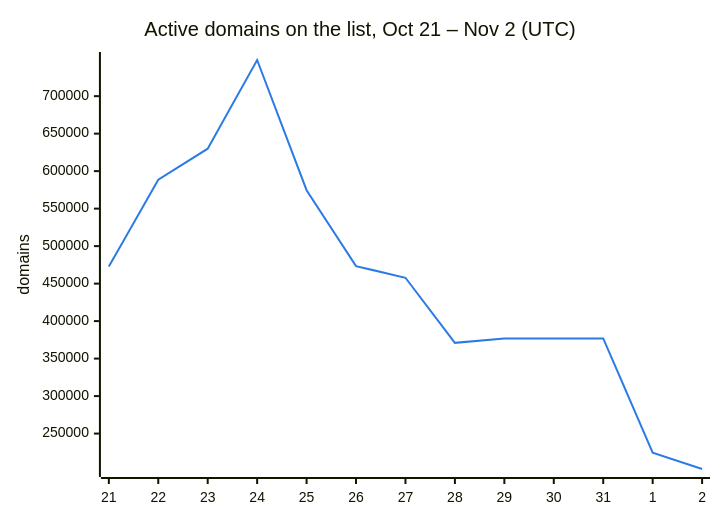
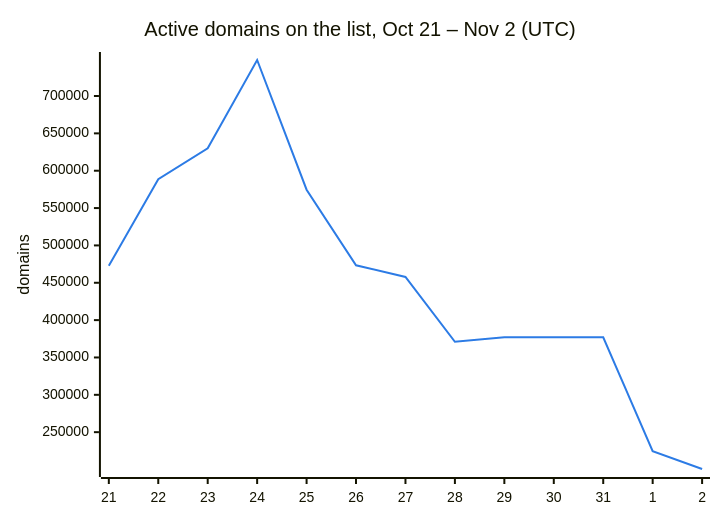
Before and after one commit to DNSBunker/CTI: the second of 3 diagrams in README.md, drawn with Mermaid. The commit also changed other lines of this file and 3 other files, not shown here.

````diff
--- a/README.md
+++ b/README.md
@@ -38,8 +38,8 @@
 ```mermaid
 %%{init: {"themeVariables": {"xyChart": {"plotColorPalette": "#2c7be5"}}}}%%
 xychart-beta
     title "Active domains on the list, Oct 21 – Nov 2 (UTC)"
     x-axis ["21", "22", "23", "24", "25", "26", "27", "28", "29", "30", "31", "1", "2"]
     y-axis "domains"
-    line [472713, 588659, 629951, 748222, 574614, 473331, 457795, 371010, 376945, 376945, 376945, 224607, 202754]
+    line [472713, 588659, 629951, 748222, 574614, 473331, 457795, 371010, 376945, 376945, 376945, 224607, 200690]
 ```
````
